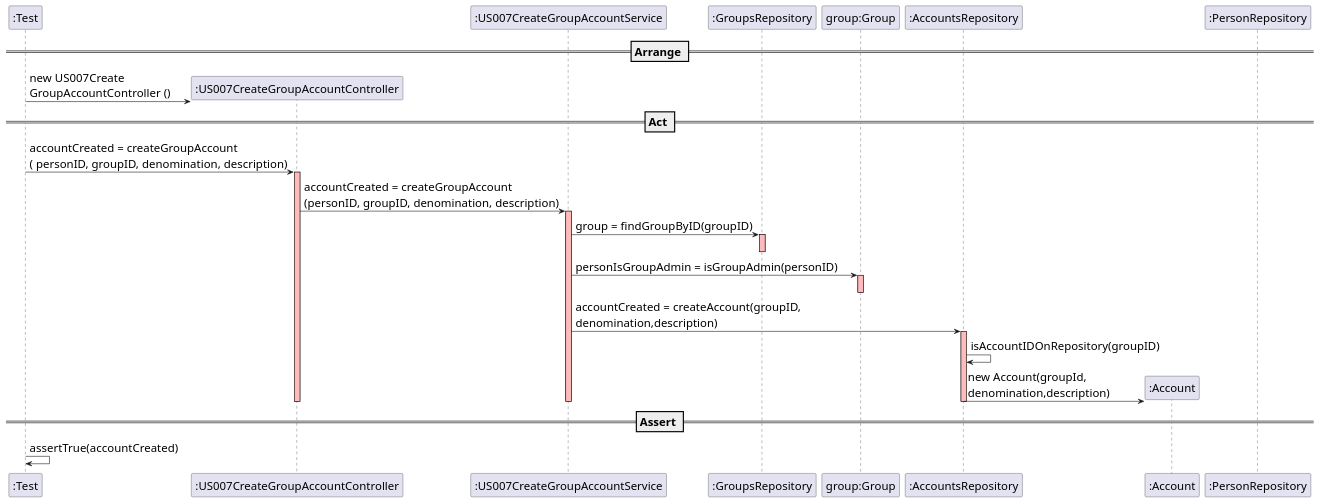
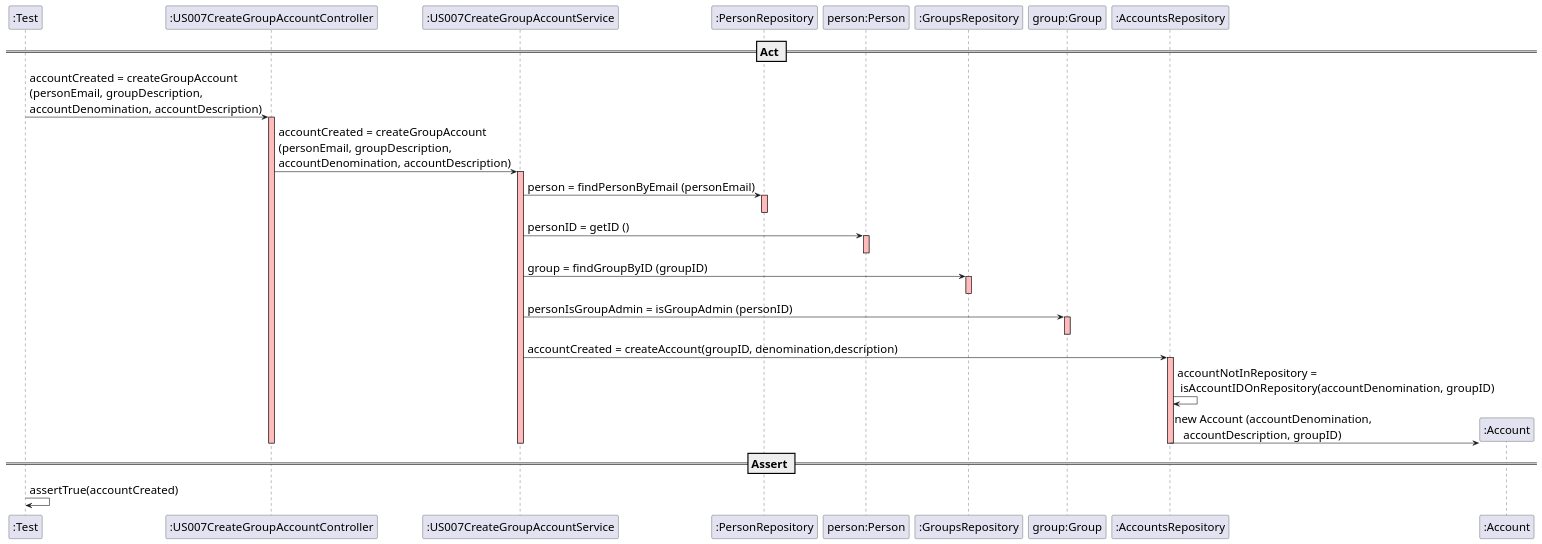
The diagram in src/main/java/switch2019/project/controllers/US007CreateGroupAccountSD.puml (mleitaoribeiro/DevOpsMaven), drawn with PlantUML before and after one commit. The commit also changed 5 other files, not shown here.

Commit message:
fixed #653 fixed #683 fixed #682 : changed US007 Sequence Diagram | changed method & Tests

```diff
--- a/src/main/java/switch2019/project/controllers/US007CreateGroupAccountSD.puml
+++ b/src/main/java/switch2019/project/controllers/US007CreateGroupAccountSD.puml
@@ -1,47 +1,60 @@
 @startuml
 skinparam DefaultFontSize 20
-create ":Test"
 
-== Arrange ==
-create ":US007CreateGroupAccountController"
-":Test" -> ":US007CreateGroupAccountController" : new US007Create\nGroupAccountController ()
+participant ":Test"
+participant ":US007CreateGroupAccountController"
+participant ":US007CreateGroupAccountService"
+participant ":PersonRepository"
+participant "person:Person"
+participant ":GroupsRepository"
+participant "group:Group"
+participant ":AccountsRepository"
+participant ":Account"
 
 == Act ==
 
-":Test" -> ":US007CreateGroupAccountController" : accountCreated = createGroupAccount\n( personID, groupID, denomination, description)
+":Test" -> ":US007CreateGroupAccountController" : accountCreated = createGroupAccount\n(personEmail, groupDescription, \naccountDenomination, accountDescription)
 activate ":US007CreateGroupAccountController"  #FFBBBB
 
-":US007CreateGroupAccountController" -> ":US007CreateGroupAccountService" : accountCreated = createGroupAccount\n(personID, groupID, denomination, description)
+":US007CreateGroupAccountController" -> ":US007CreateGroupAccountService" : accountCreated = createGroupAccount\n(personEmail, groupDescription, \naccountDenomination, accountDescription)
 activate ":US007CreateGroupAccountService"  #FFBBBB
 
-":US007CreateGroupAccountService" -> ":GroupsRepository" : group = findGroupByID(groupID)
+":US007CreateGroupAccountService" -> ":PersonRepository" : person = findPersonByEmail (personEmail)
+activate ":PersonRepository"  #FFBBBB
+deactivate ":PersonRepository"  #FFBBBB
+
+":US007CreateGroupAccountService" -> "person:Person" : personID = getID ()
+activate "person:Person"  #FFBBBB
+deactivate "person:Person"  #FFBBBB
+
+":US007CreateGroupAccountService" -> ":GroupsRepository" : group = findGroupByID (groupID)
 activate ":GroupsRepository"  #FFBBBB
 deactivate ":GroupsRepository"  #FFBBBB
 
-":US007CreateGroupAccountService" -> "group:Group" : personIsGroupAdmin = isGroupAdmin(personID)
+":US007CreateGroupAccountService" -> "group:Group" : personIsGroupAdmin = isGroupAdmin (personID)
 activate "group:Group" #FFBBBB
 deactivate "group:Group" #FFBBBB
 
 
 
-":US007CreateGroupAccountService" -> ":AccountsRepository" : accountCreated = createAccount(groupID, \ndenomination,description)
+":US007CreateGroupAccountService" -> ":AccountsRepository" : accountCreated = createAccount(groupID, denomination,description)
 activate ":AccountsRepository" #FFBBBB
 
-":AccountsRepository" -> ":AccountsRepository" : isAccountIDOnRepository(groupID)
+":AccountsRepository" -> ":AccountsRepository" : accountNotInRepository = \n isAccountIDOnRepository(accountDenomination, groupID)
 
 
 create ":Account"
-":AccountsRepository" -> ":Account" : new Account(groupId, \ndenomination,description)
+":AccountsRepository" -> ":Account" : new Account (accountDenomination, \n   accountDescription, groupID)
 
 deactivate ":AccountsRepository" #FFBBBB
 deactivate "group:Group" #FFBBBB
 deactivate ":PersonRepository" #FFBBBB
 deactivate ":GroupsRepository" #FFBBBB
 deactivate ":US007CreateGroupAccountService"  #FFBBBB
 deactivate ":US007CreateGroupAccountController" #FFBBBB
 
 == Assert ==
 
 ":Test" -> ":Test" : assertTrue(accountCreated)
 
 @enduml
```
